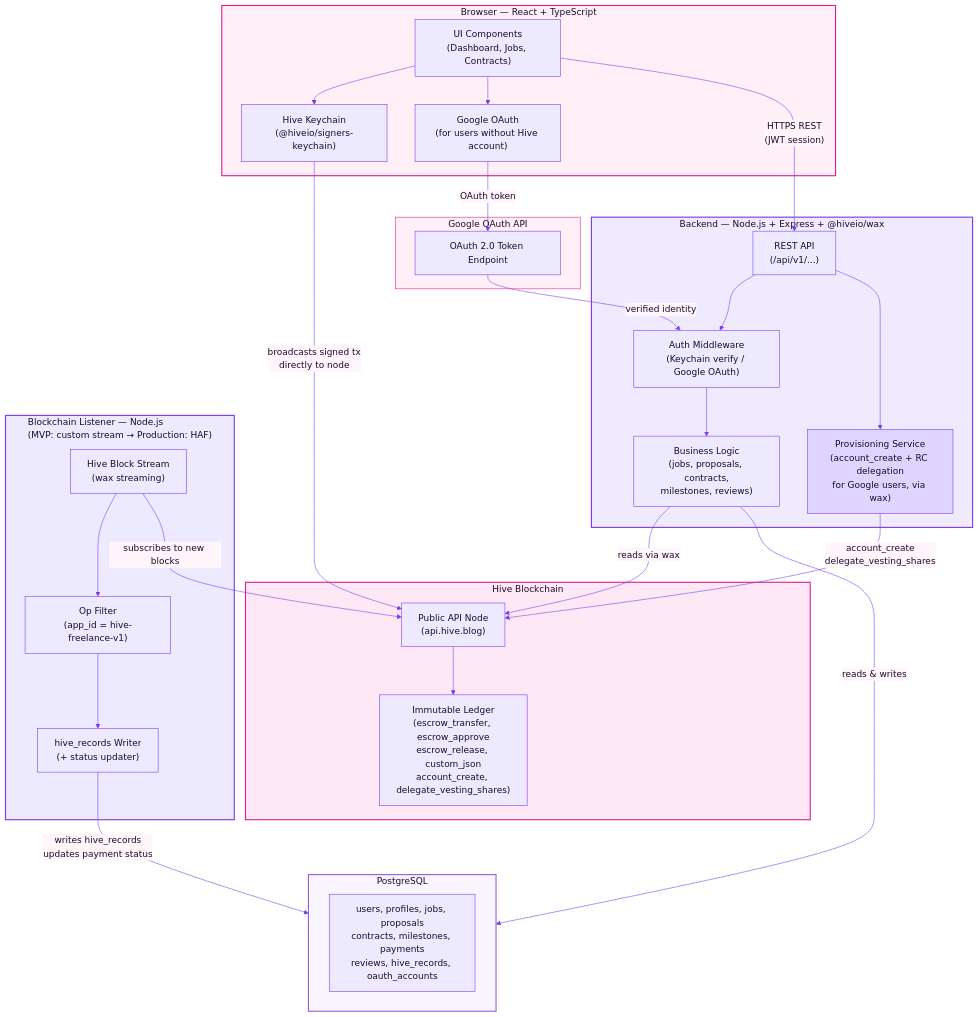
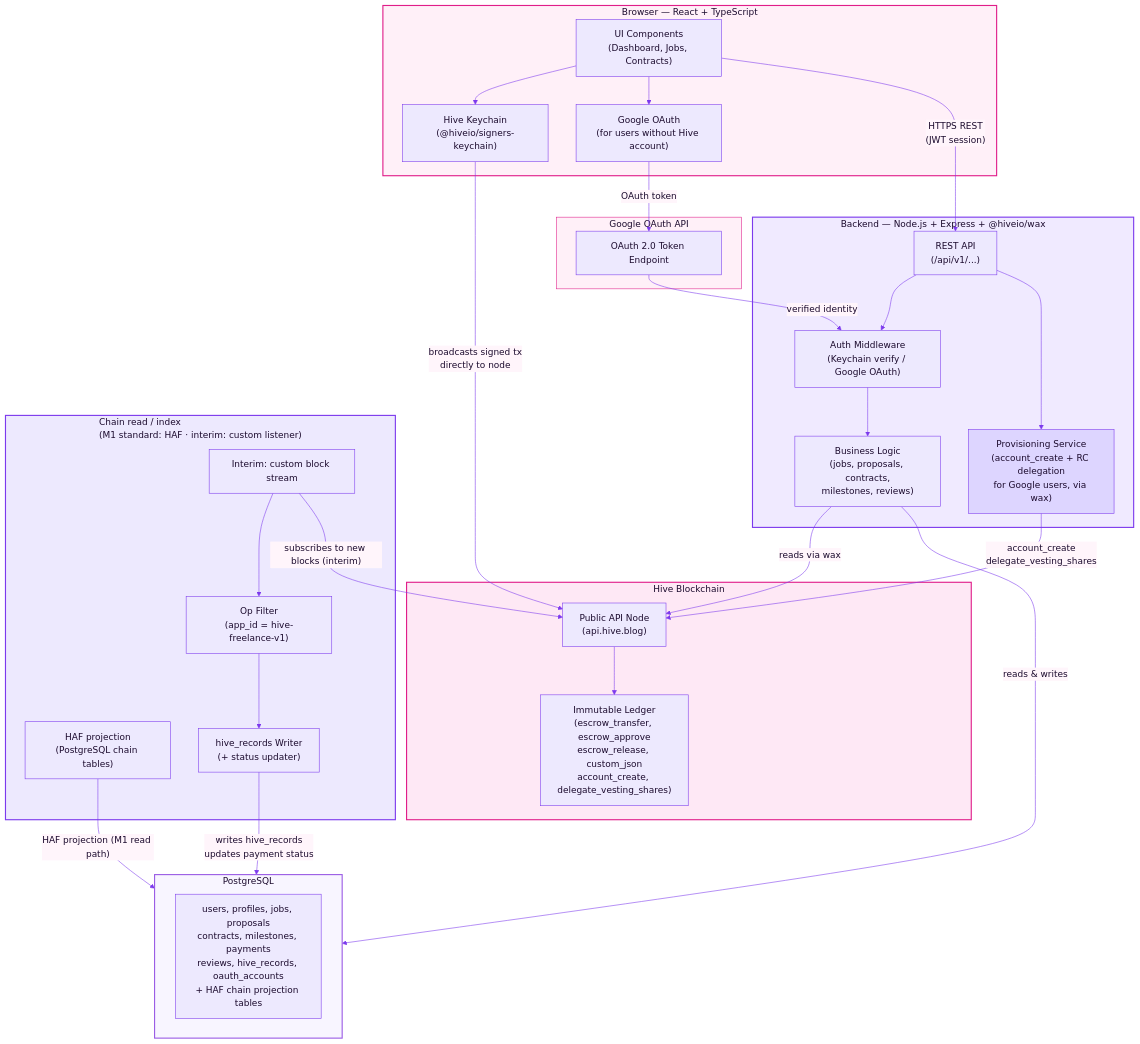
Before and after one commit to hdev-core/hive-freelance: the first of 3 diagrams in Docs/[03] System_Architecture_Data_Model/[03] Architecture_and_API.md, drawn with Mermaid. The commit also changed other lines of this file and 16 other files, not shown here.

````diff
--- a/Docs/[03] System_Architecture_Data_Model/[03] Architecture_and_API.md
+++ b/Docs/[03] System_Architecture_Data_Model/[03] Architecture_and_API.md
@@ -13,59 +13,61 @@
 ```mermaid
 %%{init: {'theme': 'base', 'themeVariables': {'primaryColor': '#EDE9FE', 'primaryBorderColor': '#7C3AED', 'primaryTextColor': '#1C0B2E', 'lineColor': '#7C3AED', 'clusterBkg': '#FFF5FB', 'edgeLabelBackground': '#FFF5FB'}}}%%
 flowchart TD
     subgraph CLIENT["Browser — React + TypeScript"]
         UI["UI Components\n(Dashboard, Jobs, Contracts)"]
         KC["Hive Keychain\n(@hiveio/signers-keychain)"]
         GOAUTH["Google OAuth\n(for users without Hive account)"]
         UI --> KC
         UI --> GOAUTH
     end
 
     subgraph BACKEND["Backend — Node.js + Express + @hiveio/wax"]
         API["REST API\n(/api/v1/...)"]
         AUTH["Auth Middleware\n(Keychain verify / Google OAuth)"]
         BL["Business Logic\n(jobs, proposals, contracts,\nmilestones, reviews)"]
         PROV["Provisioning Service\n(account_create + RC delegation\nfor Google users, via wax)"]
         API --> AUTH --> BL
         API --> PROV
     end
 
-    subgraph LISTENER["Blockchain Listener — Node.js\n(MVP: custom stream → Production: HAF)"]
-        STREAM["Hive Block Stream\n(wax streaming)"]
+    subgraph LISTENER["Chain read / index\n(M1 standard: HAF · interim: custom listener)"]
+        HAFNODE["HAF projection\n(PostgreSQL chain tables)"]
+        STREAM["Interim: custom block stream"]
         FILTER["Op Filter\n(app_id = hive-freelance-v1)"]
         WRITER["hive_records Writer\n(+ status updater)"]
         STREAM --> FILTER --> WRITER
     end
 
     subgraph DB["PostgreSQL"]
-        TABLES["users, profiles, jobs, proposals\ncontracts, milestones, payments\nreviews, hive_records, oauth_accounts"]
+        TABLES["users, profiles, jobs, proposals\ncontracts, milestones, payments\nreviews, hive_records, oauth_accounts\n+ HAF chain projection tables"]
     end
 
     subgraph HIVE["Hive Blockchain"]
         NODE["Public API Node\n(api.hive.blog)"]
         CHAIN["Immutable Ledger\n(escrow_transfer, escrow_approve\nescrow_release, custom_json\naccount_create, delegate_vesting_shares)"]
         NODE --> CHAIN
     end
 
     subgraph GOOGLE["Google OAuth API"]
         GAPI["OAuth 2.0 Token Endpoint"]
     end
 
     UI -->|"HTTPS REST\n(JWT session)"| API
     BL -->|"reads & writes"| DB
     KC -->|"broadcasts signed tx\ndirectly to node"| NODE
     BL -->|"reads via wax"| NODE
     PROV -->|"account_create\ndelegate_vesting_shares"| NODE
-    STREAM -->|"subscribes to new blocks"| NODE
+    STREAM -->|"subscribes to new blocks (interim)"| NODE
+    HAFNODE -->|"HAF projection (M1 read path)"| DB
     WRITER -->|"writes hive_records\nupdates payment status"| DB
     GOAUTH -->|"OAuth token"| GAPI
     GAPI -->|"verified identity"| AUTH
 
     style CLIENT fill:#FFF0F8,stroke:#E01E8A,stroke-width:2px,color:#1C0B2E
     style BACKEND fill:#F0EAFF,stroke:#7C3AED,stroke-width:2px,color:#1C0B2E
     style LISTENER fill:#EDE9FE,stroke:#7C3AED,stroke-width:2px,color:#1C0B2E
     style DB fill:#F8F5FF,stroke:#9B5DE5,stroke-width:2px,color:#1C0B2E
     style HIVE fill:#FEE8F5,stroke:#E01E8A,stroke-width:2px,color:#1C0B2E
     style GOOGLE fill:#FFF0F8,stroke:#E01E8A,stroke-width:1px,color:#1C0B2E
     style PROV fill:#DDD5FF,stroke:#7C3AED,color:#1C0B2E
 ```
````
